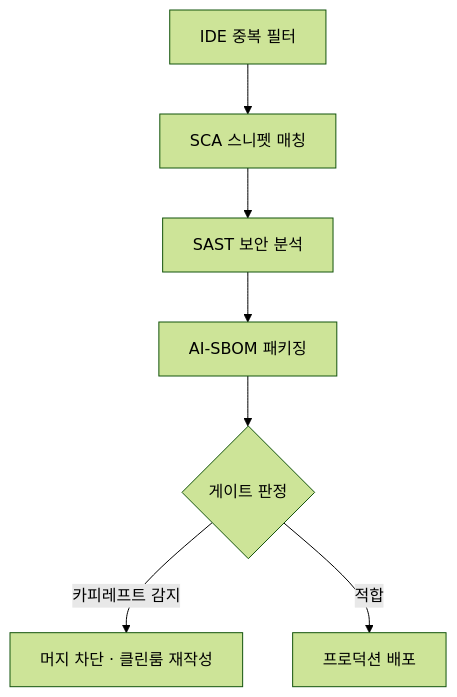
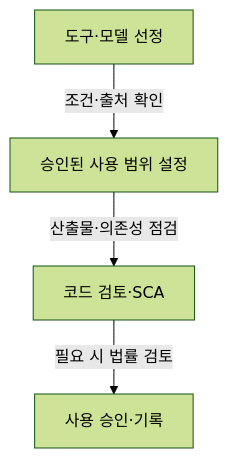
One commit to agnusdei1207/study changed the first of 2 diagrams in src/content/docs/notes/itpe/02-software-engineering/063_ai_generated_code_license_compliance.md. Above: the diagram before and after it, drawn with Mermaid (forest theme). The commit also changed other lines of this file and 31 other files, not shown here.

Commit message:
docs(itpe): correct software engineering architecture and test notes

````diff
--- a/src/content/docs/notes/itpe/02-software-engineering/063_ai_generated_code_license_compliance.md
+++ b/src/content/docs/notes/itpe/02-software-engineering/063_ai_generated_code_license_compliance.md
@@ -54,9 +63,6 @@
 ```mermaid
-flowchart TB
-    A["IDE 중복 필터"] --> B["SCA 스니펫 매칭"]
-    B --> C["SAST 보안 분석"]
-    C --> D["AI-SBOM 패키징"]
-    D --> G{"게이트 판정"}
-    G -->|"카피레프트 감지"| H["머지 차단 · 클린룸 재작성"]
-    G -->|"적합"| I["프로덕션 배포"]
+flowchart TD
+    A["도구·모델 선정"] -->|"조건·출처 확인"| B["승인된 사용 범위 설정"]
+    B -->|"산출물·의존성 점검"| C["코드 검토·SCA"]
+    C -->|"필요 시 법률 검토"| D["사용 승인·기록"]
 ```
````
